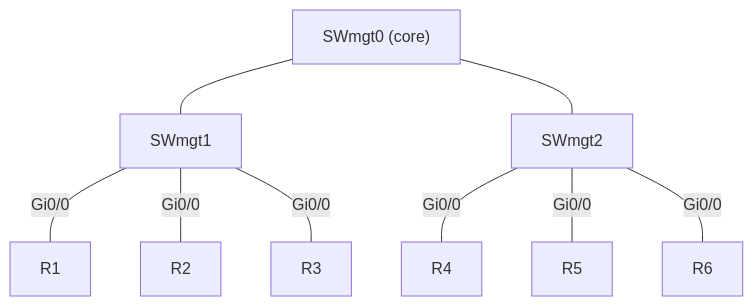
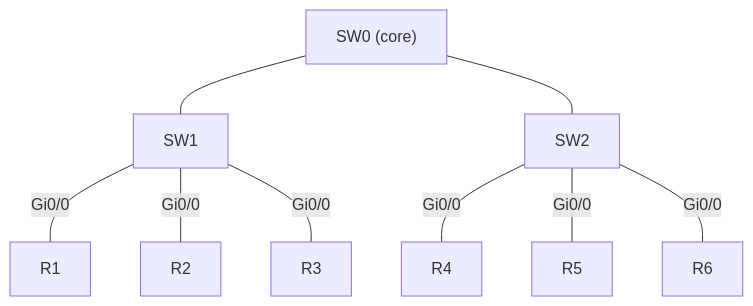
One commit to QB4DEVOPS/topogen changed the first of 2 diagrams in README.md. Above: the diagram before and after it, drawn with Mermaid. The commit also changed other lines of this file, not shown here.

First line of the commit message:
docs: fix switch names in README to match code (SWmgt -> SW0/SW1/SW2)

````diff
--- a/README.md
+++ b/README.md
@@ -352,14 +352,14 @@
 ```mermaid
 graph TD
-    SWcore["SWmgt0 (core)"]
-    SW1["SWmgt1"]
-    SW2["SWmgt2"]
+    SWcore["SW0 (core)"]
+    SW1["SW1"]
+    SW2["SW2"]
     SWcore --- SW1
     SWcore --- SW2
     SW1 ---|"Gi0/0"| R1
     SW1 ---|"Gi0/0"| R2
     SW1 ---|"Gi0/0"| R3
     SW2 ---|"Gi0/0"| R4
     SW2 ---|"Gi0/0"| R5
     SW2 ---|"Gi0/0"| R6
 ```
````
